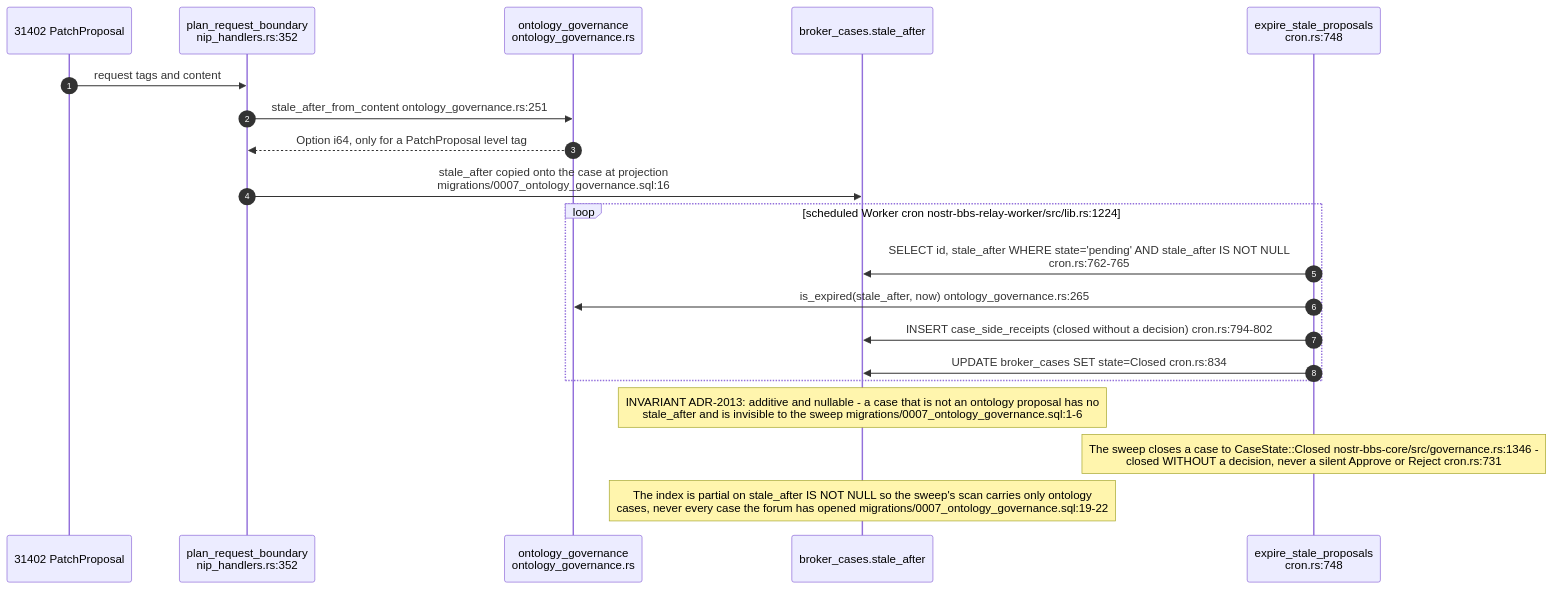
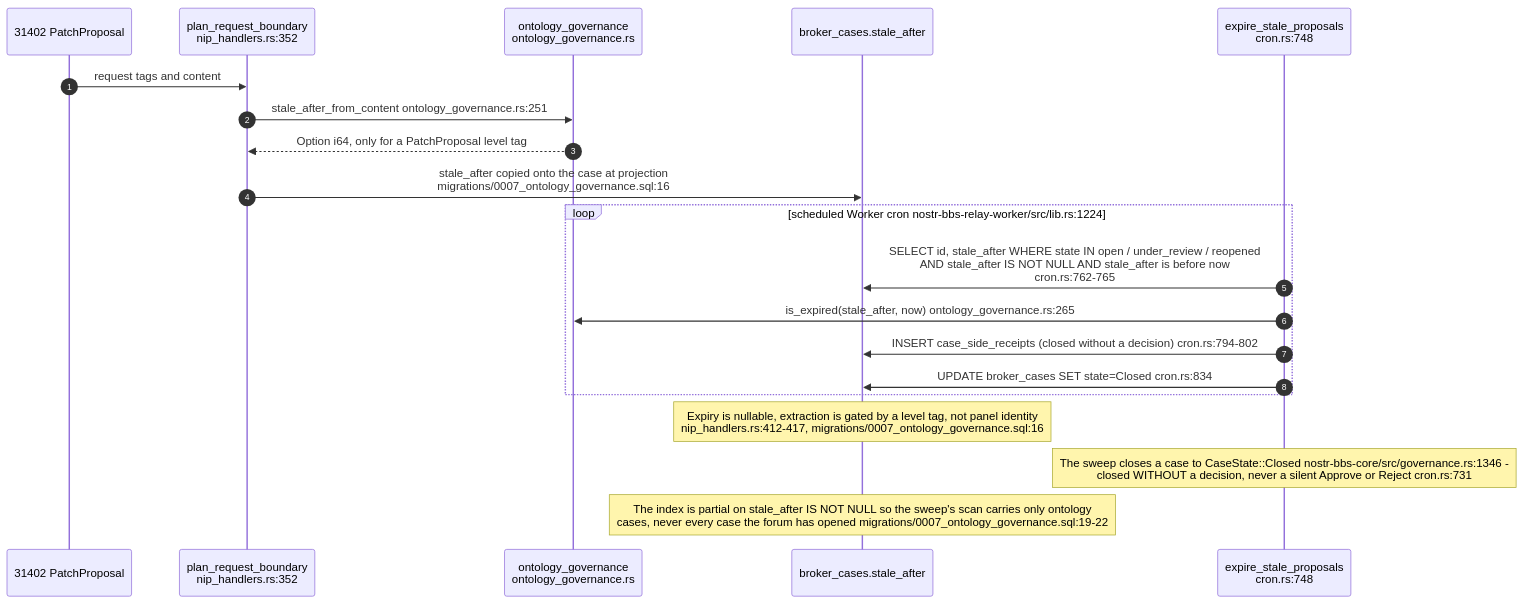
Before and after one commit to DreamLab-AI/VisionFlow: diagram 14 of 17 in docs/diagrams/nostr-rust-forum/06-agent-control-surface-31400-31405.md, drawn with Mermaid. The commit also changed other lines of this file and 20 other files, not shown here.

Commit message:
Audit signed governance ingress, expiry and restart recovery

````diff
--- a/docs/diagrams/nostr-rust-forum/06-agent-control-surface-31400-31405.md
+++ b/docs/diagrams/nostr-rust-forum/06-agent-control-surface-31400-31405.md
@@ -400,25 +400,25 @@
 ```mermaid
 sequenceDiagram
     autonumber
     participant REQ as 31402 PatchProposal
     participant PB as plan_request_boundary<br/>nip_handlers.rs:352
     participant OG as ontology_governance<br/>ontology_governance.rs
     participant DB as broker_cases.stale_after
     participant CRON as expire_stale_proposals<br/>cron.rs:748
 
     REQ->>PB: request tags and content
     PB->>OG: stale_after_from_content ontology_governance.rs:251
     OG-->>PB: Option i64, only for a PatchProposal level tag
     PB->>DB: stale_after copied onto the case at projection<br/>migrations/0007_ontology_governance.sql:16
 
     loop scheduled Worker cron nostr-bbs-relay-worker/src/lib.rs:1224
-        CRON->>DB: SELECT id, stale_after WHERE state='pending' AND stale_after IS NOT NULL<br/>cron.rs:762-765
+        CRON->>DB: SELECT id, stale_after WHERE state IN open / under_review / reopened<br/>AND stale_after IS NOT NULL AND stale_after is before now<br/>cron.rs:762-765
         CRON->>OG: is_expired(stale_after, now) ontology_governance.rs:265
         CRON->>DB: INSERT case_side_receipts (closed without a decision) cron.rs:794-802
         CRON->>DB: UPDATE broker_cases SET state=Closed cron.rs:834
     end
 
-    Note over DB: INVARIANT ADR-2013: additive and nullable - a case that is not an ontology proposal has no<br/>stale_after and is invisible to the sweep migrations/0007_ontology_governance.sql:1-6
+    Note over DB: Expiry is nullable, extraction is gated by a level tag, not panel identity<br/>nip_handlers.rs:412-417, migrations/0007_ontology_governance.sql:16
     Note over CRON: The sweep closes a case to CaseState::Closed nostr-bbs-core/src/governance.rs:1346 -<br/>closed WITHOUT a decision, never a silent Approve or Reject cron.rs:731
     Note over DB: The index is partial on stale_after IS NOT NULL so the sweep's scan carries only ontology<br/>cases, never every case the forum has opened migrations/0007_ontology_governance.sql:19-22
 ```
````
